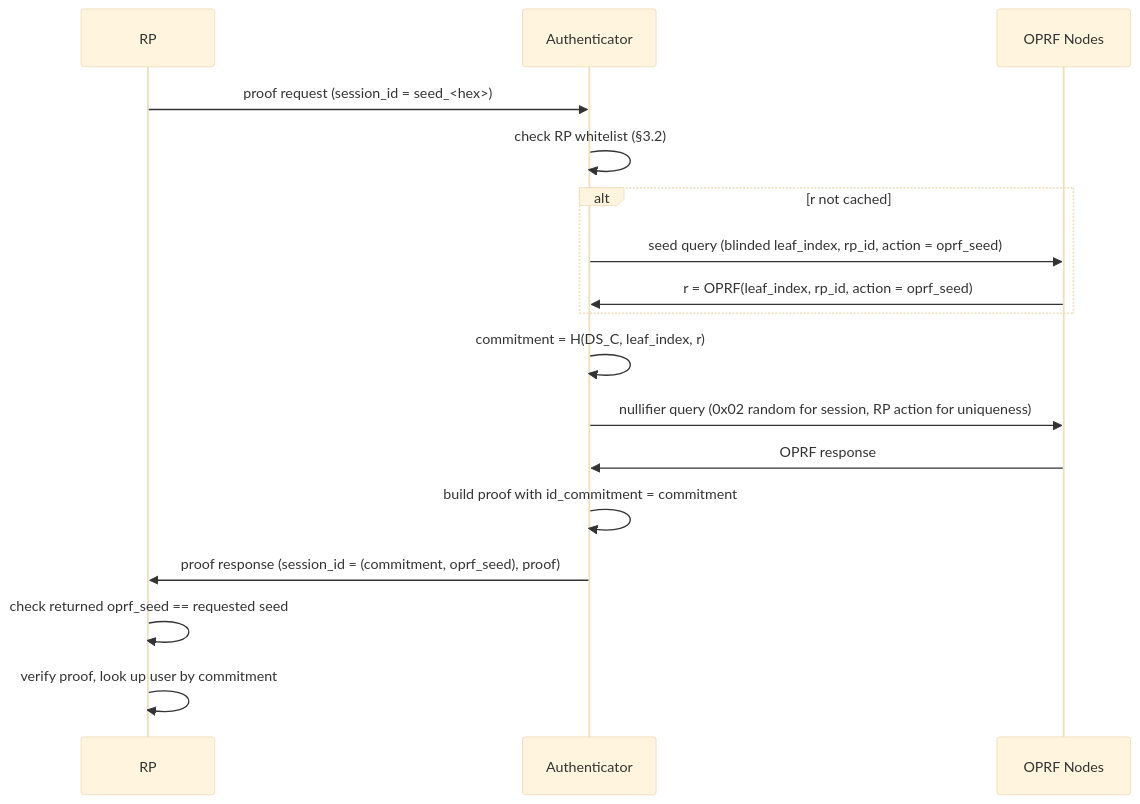
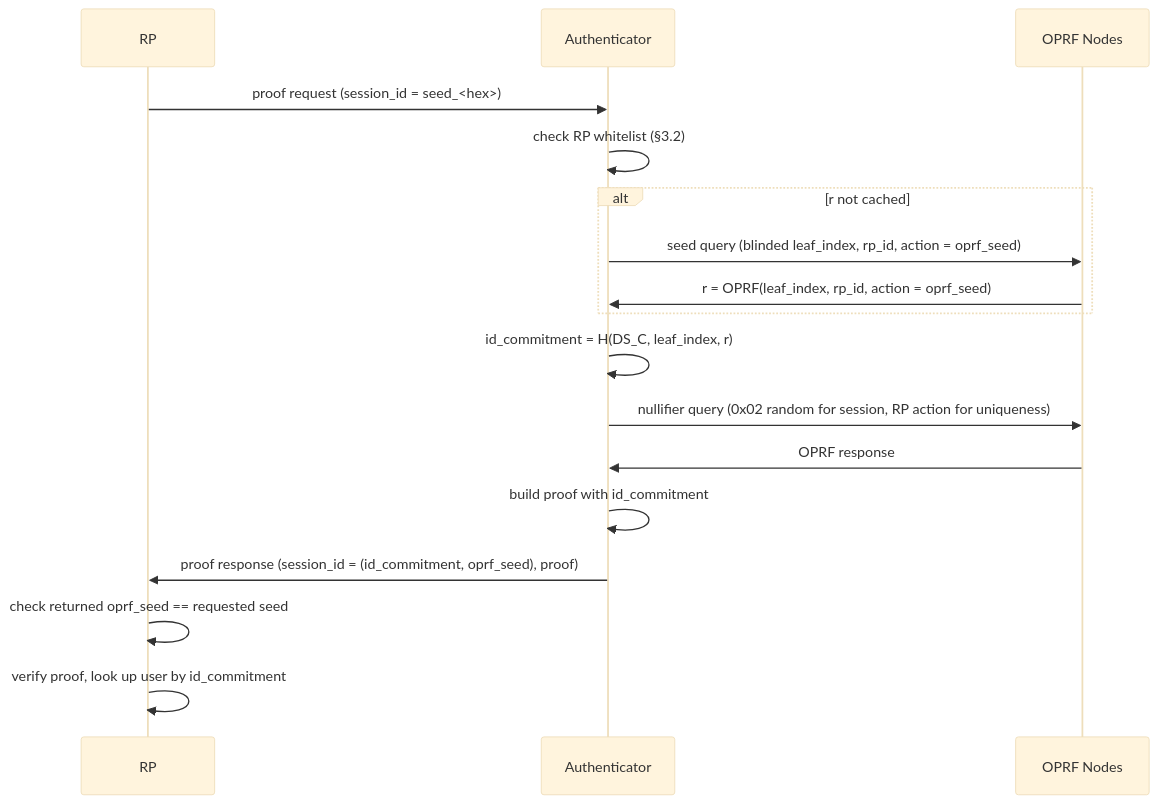
One commit to worldcoin/world-id-protocol changed the diagram in docs/WIPs/wip-116.md. Above: the diagram before and after it, drawn with Mermaid (base theme). The commit also changed other lines of this file, not shown here.

Commit message:
docs: use id_commitment naming in WIP-116

````diff
--- a/docs/WIPs/wip-116.md
+++ b/docs/WIPs/wip-116.md
@@ -51,20 +51,20 @@
 ```mermaid
 sequenceDiagram
 participant rp as RP
 participant a as Authenticator
 participant o as OPRF Nodes
 
 rp->>a: proof request (session_id = seed_<hex>)
 a->>a: check RP whitelist (§3.2)
 alt r not cached
   a->>o: seed query (blinded leaf_index, rp_id, action = oprf_seed)
   o->>a: r = OPRF(leaf_index, rp_id, action = oprf_seed)
 end
-a->>a: commitment = H(DS_C, leaf_index, r)
+a->>a: id_commitment = H(DS_C, leaf_index, r)
 a->>o: nullifier query (0x02 random for session, RP action for uniqueness)
 o->>a: OPRF response
-a->>a: build proof with id_commitment = commitment
-a->>rp: proof response (session_id = (commitment, oprf_seed), proof)
+a->>a: build proof with id_commitment
+a->>rp: proof response (session_id = (id_commitment, oprf_seed), proof)
 rp->>rp: check returned oprf_seed == requested seed
-rp->>rp: verify proof, look up user by commitment
+rp->>rp: verify proof, look up user by id_commitment
 ```
````
